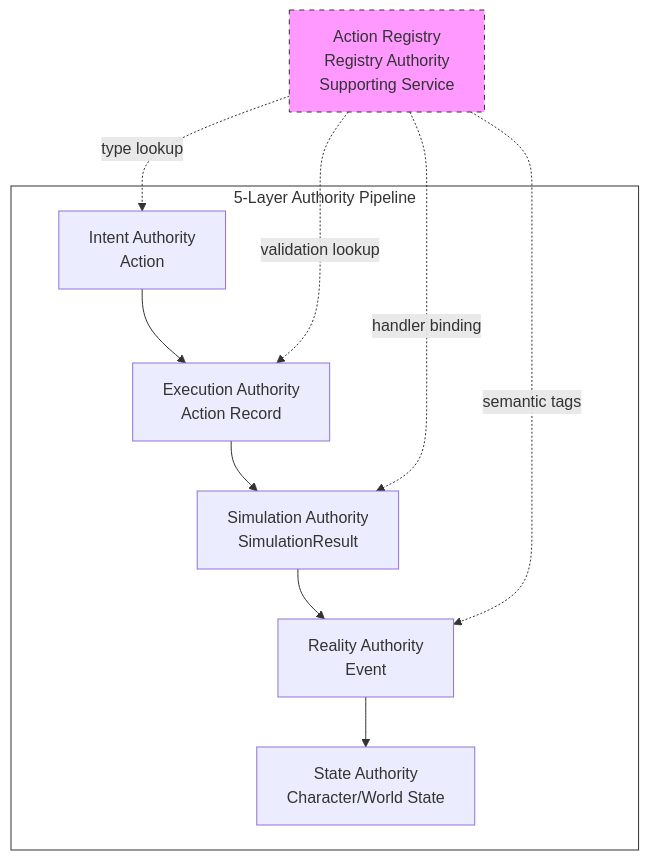
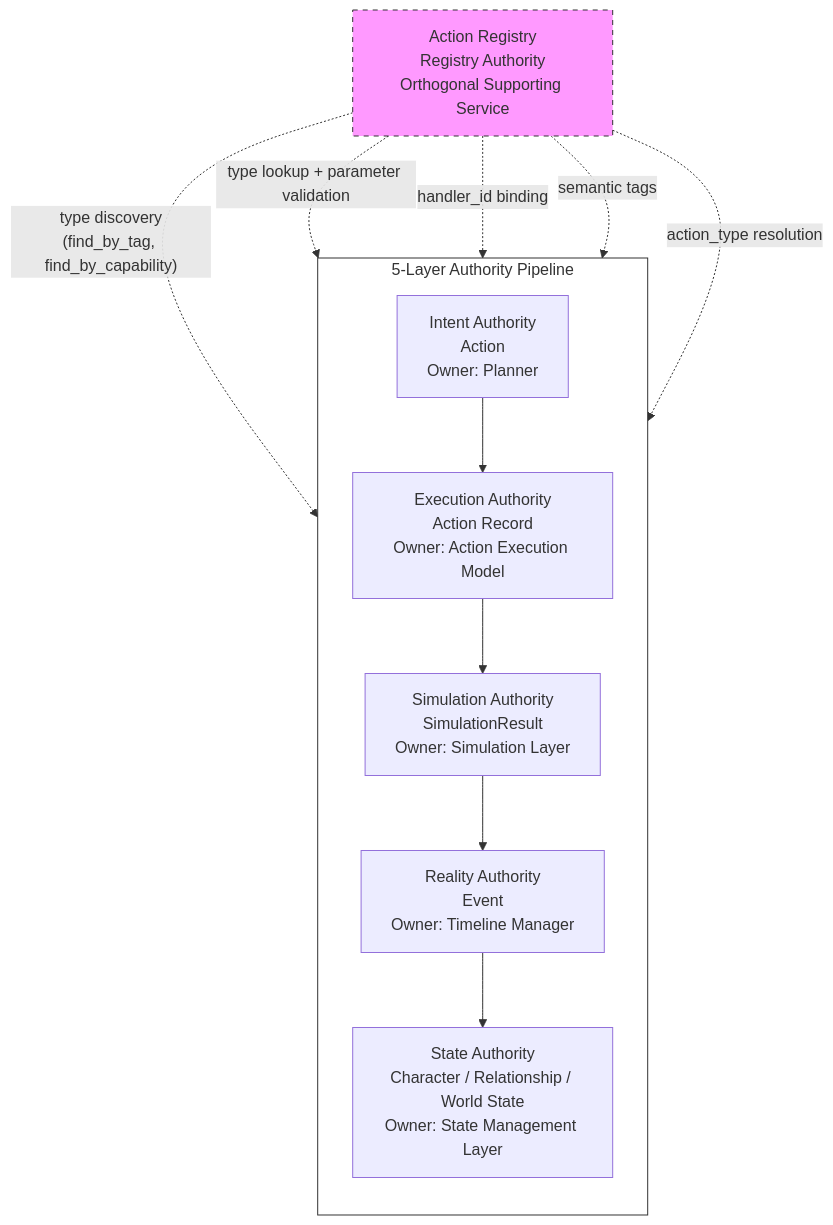
One commit to yueseyeyu/ai-narrative-rpg-engine changed the first of 12 diagrams in docs/02_Architecture/Action_Registry.md. Above: the diagram before and after it, drawn with Mermaid. The commit also changed other lines of this file and 43 other files, not shown here.

Commit message:
feat: Architecture Baseline v1.0 Frozen + MVP-0 Validation (4/4 contract tests passing)

````diff
--- a/docs/02_Architecture/Action_Registry.md
+++ b/docs/02_Architecture/Action_Registry.md
@@ -76,20 +76,23 @@
 ```mermaid
 flowchart TD
     subgraph Pipeline["5-Layer Authority Pipeline"]
-        INT[Intent Authority<br/>Action]
-        EXE[Execution Authority<br/>Action Record]
-        SIM[Simulation Authority<br/>SimulationResult]
-        RLT[Reality Authority<br/>Event]
-        STA[State Authority<br/>Character/World State]
+        direction TB
+        INT[Intent Authority<br/>Action<br/>Owner: Planner]
+        EXE[Execution Authority<br/>Action Record<br/>Owner: Action Execution Model]
+        SIM[Simulation Authority<br/>SimulationResult<br/>Owner: Simulation Layer]
+        RLT[Reality Authority<br/>Event<br/>Owner: Timeline Manager]
+        STA[State Authority<br/>Character / Relationship / World State<br/>Owner: State Management Layer]
         INT --> EXE --> SIM --> RLT --> STA
     end
 
-    REG[Action Registry<br/>Registry Authority<br/>Supporting Service]
-    REG -.->|type lookup| INT
-    REG -.->|validation lookup| EXE
-    REG -.->|handler binding| SIM
-    REG -.->|semantic tags| RLT
+    REG[Action Registry<br/>Registry Authority<br/>Orthogonal Supporting Service]
+
+    REG -.->|"type discovery<br/>(find_by_tag, find_by_capability)"| INT
+    REG -.->|"type lookup + parameter validation"| EXE
+    REG -.->|"handler_id binding"| SIM
+    REG -.->|"semantic tags"| RLT
+    REG -.->|"action_type resolution"| STA
 
     style REG fill:#f9f,stroke:#333,stroke-dasharray: 5 5
     style Pipeline fill:#fff,stroke:#333
 ```
````
